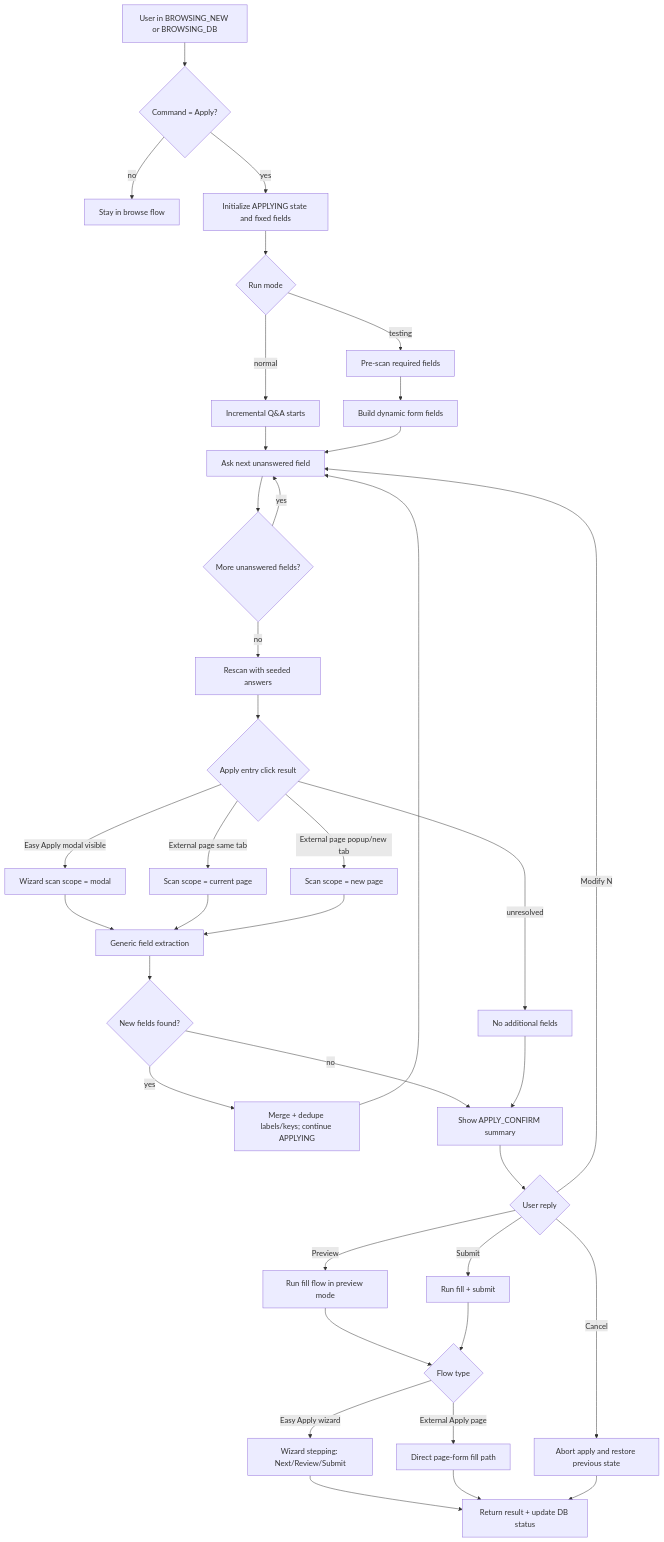
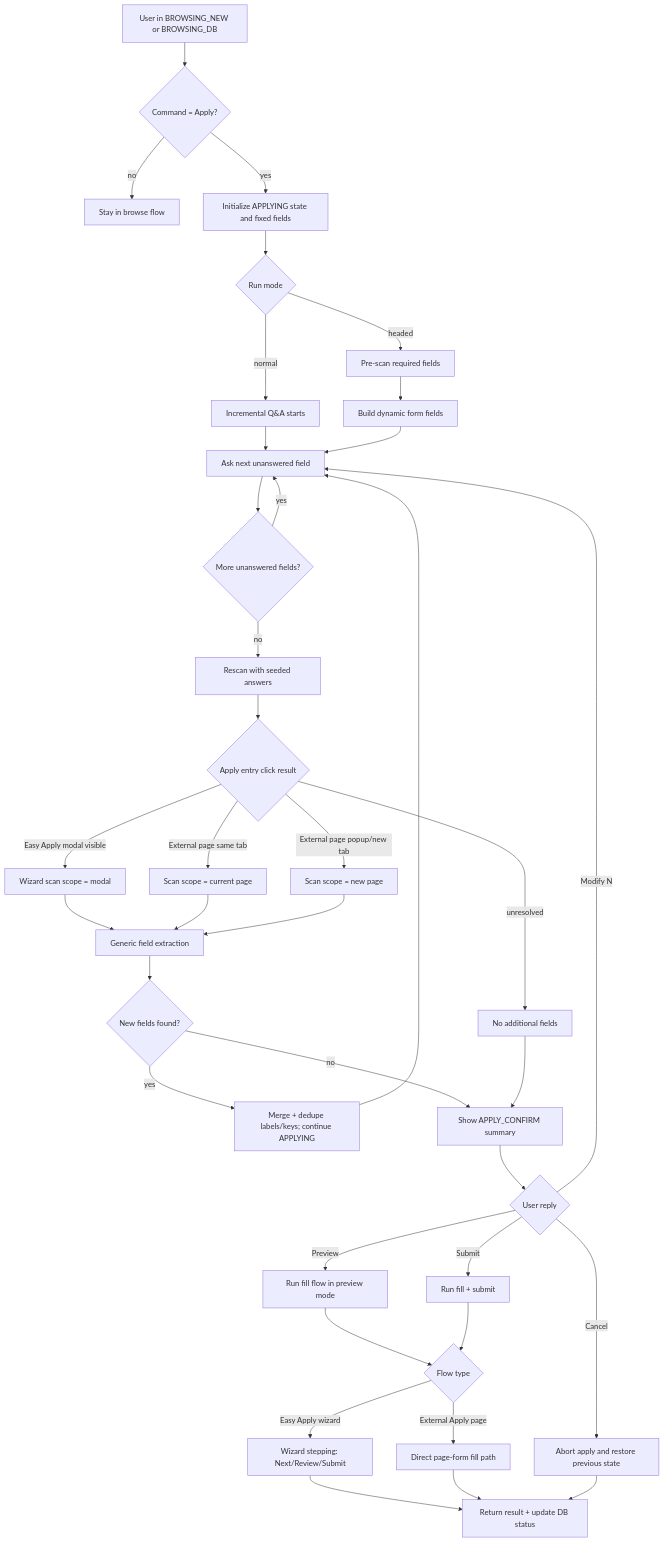
One commit to Arisamin/JobSeekerAgent changed the diagram in FLOWCHART_STATE_MACHINE.md. Above: the diagram before and after it, drawn with Mermaid. The commit also changed 8 other files, not shown here.

````diff
--- a/FLOWCHART_STATE_MACHINE.md
+++ b/FLOWCHART_STATE_MACHINE.md
@@ -3,49 +3,49 @@
 ```mermaid
 flowchart TD
 	A[User in BROWSING_NEW or BROWSING_DB] --> B{Command = Apply?}
 	B -- no --> Z[Stay in browse flow]
 	B -- yes --> C[Initialize APPLYING state and fixed fields]
 
 	C --> D{Run mode}
-	D -- testing --> E[Pre-scan required fields]
+	D -- headed --> E[Pre-scan required fields]
 	D -- normal --> F[Incremental Q&A starts]
 
 	E --> G[Build dynamic form fields]
 	F --> H[Ask next unanswered field]
 	G --> H
 
 	H --> I{More unanswered fields?}
 	I -- yes --> H
 	I -- no --> J[Rescan with seeded answers]
 
 	J --> K{Apply entry click result}
 	K -- Easy Apply modal visible --> L[Wizard scan scope = modal]
 	K -- External page same tab --> M[Scan scope = current page]
 	K -- External page popup/new tab --> N[Scan scope = new page]
 	K -- unresolved --> O[No additional fields]
 
 	L --> P[Generic field extraction]
 	M --> P
 	N --> P
 
 	P --> Q{New fields found?}
 	Q -- yes --> R[Merge + dedupe labels/keys; continue APPLYING]
 	Q -- no --> S[Show APPLY_CONFIRM summary]
 	O --> S
 	R --> H
 
 	S --> T{User reply}
 	T -- Modify N --> H
 	T -- Preview --> U[Run fill flow in preview mode]
 	T -- Submit --> V[Run fill + submit]
 	T -- Cancel --> W[Abort apply and restore previous state]
 
 	U --> X{Flow type}
 	V --> X
 	X -- Easy Apply wizard --> Y[Wizard stepping: Next/Review/Submit]
 	X -- External Apply page --> AA[Direct page-form fill path]
 
 	Y --> AB[Return result + update DB status]
 	AA --> AB
 	W --> AB
 ```
````
